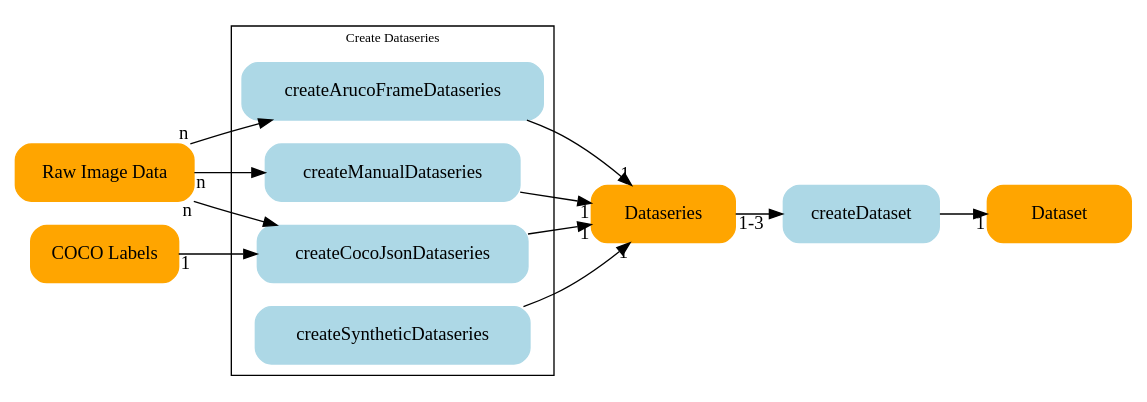
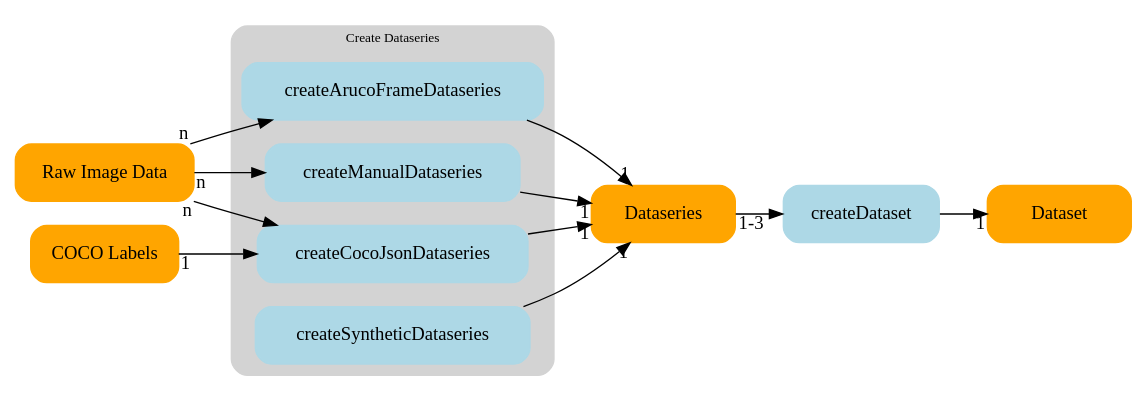
The diagram in thesis/assets/graph/arch_data.dot (jnccd/crystal-marker-detection), drawn with Graphviz before and after one commit.

Commit message:
Make cluster fancier

```diff
--- a/thesis/assets/graph/arch_data.dot
+++ b/thesis/assets/graph/arch_data.dot
@@ -1,42 +1,44 @@
 digraph arch {
     rankdir=LR
     node [shape=box style="filled,rounded" width=1.5 height=0.6];
     graph [fontsize=10 compound=true];
     
     raw_data [label="Raw Image Data" color=orange]
     coco_labels [label="COCO Labels" color=orange]
     Dataseries [color=orange]
     Dataset [color=orange]
     createDataset [color=lightblue]
     
     # Mark: style="filled,rounded,dashed" fillcolor=lightblue color=red penwidth=3
 
     subgraph cluster_ds {
+        graph [style="filled,rounded", color=lightgray]
+
         label = "Create Dataseries";
         createArucoFrameDataseries [color=lightblue] 
         createCocoJsonDataseries [color=lightblue]
         createManualDataseries [color=lightblue]
         createSyntheticDataseries [color=lightblue]
         
         {
             rank = same;
             createSyntheticDataseries -> createCocoJsonDataseries -> createManualDataseries -> createArucoFrameDataseries [style=invis]
         }
     }
 
     raw_data -> createArucoFrameDataseries [taillabel="n"]
     raw_data -> createCocoJsonDataseries [taillabel="n"]
     raw_data -> createManualDataseries [taillabel="n"]
     coco_labels -> createCocoJsonDataseries [taillabel="1"]
     
     #{rank=same; createArucoFrameDataseries; createCocoJsonDataseries; createManualDataseries; createSyntheticDataseries;}
 
     createArucoFrameDataseries -> Dataseries [headlabel="1"]
     createCocoJsonDataseries -> Dataseries [headlabel="1"]
     createManualDataseries -> Dataseries [headlabel="1"]
     createSyntheticDataseries -> Dataseries [headlabel="1"]
 
     Dataseries -> createDataset [taillabel="1-3"]
 
     createDataset -> Dataset [headlabel="1"]
 }
```
